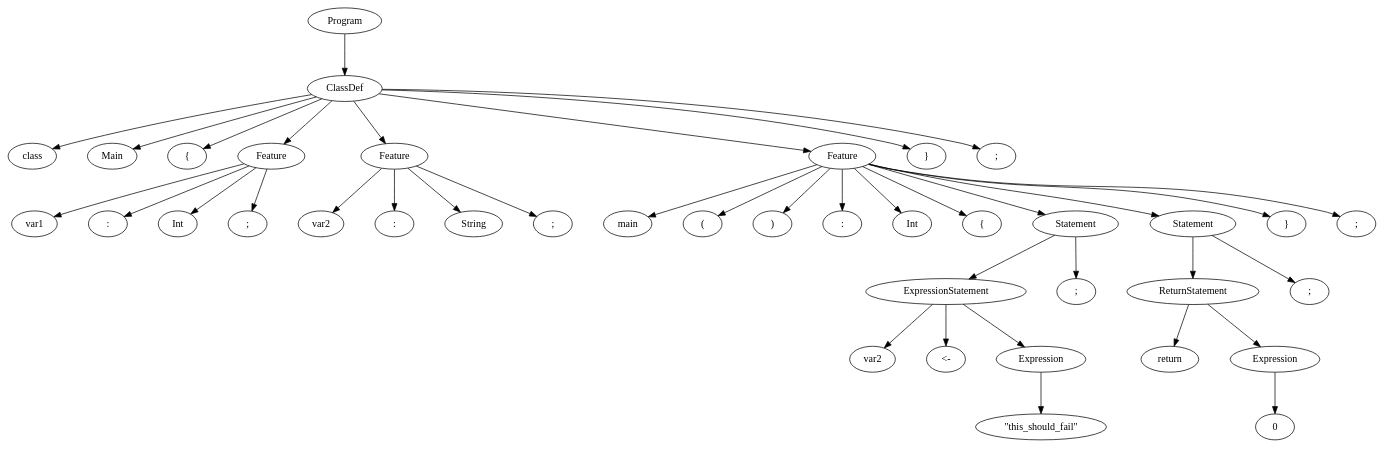
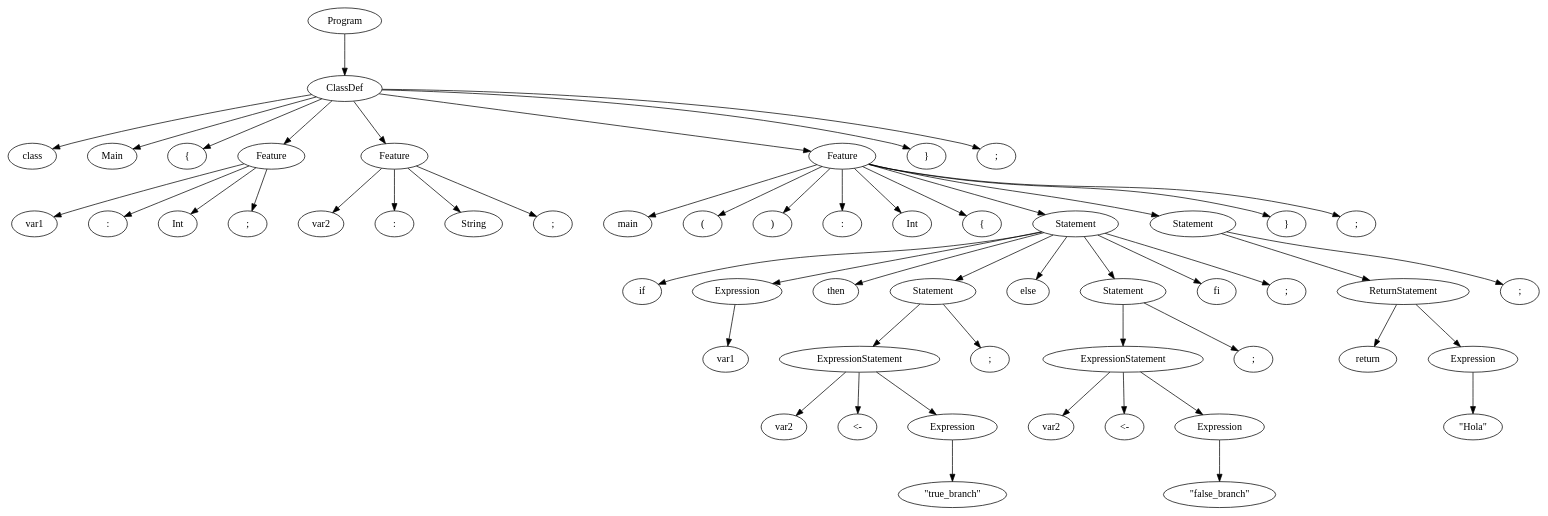
Before and after one commit to JessicaOI/Lab0: the diagram in Lab1/tree.dot, drawn with Graphviz. The commit also changed 4 other files, not shown here.

```diff
--- a/Lab1/tree.dot
+++ b/Lab1/tree.dot
@@ -1,82 +1,112 @@
 digraph tree {
 rankdir=TB;
 nodesep=0.6;
 ranksep=0.8;
-    "Program_2640591335184" [label="Program"];
-    "ClassDef_2640709353872" [label="ClassDef"];
-    "class_2640709556992" [label="class"];
-    "Main_2640709556352" [label="Main"];
-    "{_2640709556672" [label="{"];
-    "Feature_2640709357904" [label="Feature"];
-    "var1_2640709553728" [label="var1"];
-    ":_2640709557312" [label=":"];
-    "Int_2640709557376" [label="Int"];
-    ";_2640709557440" [label=";"];
-    "Feature_2640709358016" [label="Feature"];
-    "var2_2640709557248" [label="var2"];
-    ":_2640709557568" [label=":"];
-    "String_2640709557632" [label="String"];
-    ";_2640709557696" [label=";"];
-    "Feature_2640709354208" [label="Feature"];
-    "main_2640709557824" [label="main"];
-    "(_2640709557056" [label="("];
-    ")_2640709557888" [label=")"];
-    ":_2640709557952" [label=":"];
-    "Int_2640709558016" [label="Int"];
-    "{_2640709558144" [label="{"];
-    "Statement_2640709354432" [label="Statement"];
-    "ExpressionStatement_2640709353984" [label="ExpressionStatement"];
-    "var2_2640709558080" [label="var2"];
-    "<-_2640709558208" [label="<-"];
-    "Expression_2640709354320" [label="Expression"];
-    "\\\"this_should_fail\\\"_2640709558400" [label="\"this_should_fail\""];
-    ";_2640709558464" [label=";"];
-    "Statement_2640709358128" [label="Statement"];
-    "ReturnStatement_2640709358240" [label="ReturnStatement"];
-    "return_2640709558528" [label="return"];
-    "Expression_2640709358352" [label="Expression"];
-    "0_2640709558784" [label="0"];
-    ";_2640709558848" [label=";"];
-    "}_2640709558912" [label="}"];
-    ";_2640709558656" [label=";"];
-    "}_2640709558976" [label="}"];
-    ";_2640709467840" [label=";"];
-    "Program_2640591335184" -> "ClassDef_2640709353872";
-    "ClassDef_2640709353872" -> "class_2640709556992";
-    "ClassDef_2640709353872" -> "Main_2640709556352";
-    "ClassDef_2640709353872" -> "{_2640709556672";
-    "ClassDef_2640709353872" -> "Feature_2640709357904";
-    "ClassDef_2640709353872" -> "Feature_2640709358016";
-    "ClassDef_2640709353872" -> "Feature_2640709354208";
-    "ClassDef_2640709353872" -> "}_2640709558976";
-    "ClassDef_2640709353872" -> ";_2640709467840";
-    "Feature_2640709357904" -> "var1_2640709553728";
-    "Feature_2640709357904" -> ":_2640709557312";
-    "Feature_2640709357904" -> "Int_2640709557376";
-    "Feature_2640709357904" -> ";_2640709557440";
-    "Feature_2640709358016" -> "var2_2640709557248";
-    "Feature_2640709358016" -> ":_2640709557568";
-    "Feature_2640709358016" -> "String_2640709557632";
-    "Feature_2640709358016" -> ";_2640709557696";
-    "Feature_2640709354208" -> "main_2640709557824";
-    "Feature_2640709354208" -> "(_2640709557056";
-    "Feature_2640709354208" -> ")_2640709557888";
-    "Feature_2640709354208" -> ":_2640709557952";
-    "Feature_2640709354208" -> "Int_2640709558016";
-    "Feature_2640709354208" -> "{_2640709558144";
-    "Feature_2640709354208" -> "Statement_2640709354432";
-    "Feature_2640709354208" -> "Statement_2640709358128";
-    "Feature_2640709354208" -> "}_2640709558912";
-    "Feature_2640709354208" -> ";_2640709558656";
-    "Statement_2640709354432" -> "ExpressionStatement_2640709353984";
-    "Statement_2640709354432" -> ";_2640709558464";
-    "ExpressionStatement_2640709353984" -> "var2_2640709558080";
-    "ExpressionStatement_2640709353984" -> "<-_2640709558208";
-    "ExpressionStatement_2640709353984" -> "Expression_2640709354320";
-    "Expression_2640709354320" -> "\\\"this_should_fail\\\"_2640709558400";
-    "Statement_2640709358128" -> "ReturnStatement_2640709358240";
-    "Statement_2640709358128" -> ";_2640709558848";
-    "ReturnStatement_2640709358240" -> "return_2640709558528";
-    "ReturnStatement_2640709358240" -> "Expression_2640709358352";
-    "Expression_2640709358352" -> "0_2640709558784";
+    "Program_2100310523040" [label="Program"];
+    "ClassDef_2100310522928" [label="ClassDef"];
+    "class_2100424280064" [label="class"];
+    "Main_2100424279552" [label="Main"];
+    "{_2100424280320" [label="{"];
+    "Feature_2100310523152" [label="Feature"];
+    "var1_2100424280384" [label="var1"];
+    ":_2100424279744" [label=":"];
+    "Int_2100424280576" [label="Int"];
+    ";_2100424280640" [label=";"];
+    "Feature_2100310523488" [label="Feature"];
+    "var2_2100424279680" [label="var2"];
+    ":_2100424280768" [label=":"];
+    "String_2100424280832" [label="String"];
+    ";_2100424280896" [label=";"];
+    "Feature_2100310523376" [label="Feature"];
+    "main_2100295302144" [label="main"];
+    "(_2100424161280" [label="("];
+    ")_2100424161024" [label=")"];
+    ":_2100424161088" [label=":"];
+    "Int_2100424161344" [label="Int"];
+    "{_2100424160384" [label="{"];
+    "Statement_2100310523600" [label="Statement"];
+    "if_2100424160576" [label="if"];
+    "Expression_2100310523264" [label="Expression"];
+    "var1_2100424160768" [label="var1"];
+    "then_2100424160448" [label="then"];
+    "Statement_2100310523712" [label="Statement"];
+    "ExpressionStatement_2100424261696" [label="ExpressionStatement"];
+    "var2_2100424160960" [label="var2"];
+    "<-_2100424160320" [label="<-"];
+    "Expression_2100424261808" [label="Expression"];
+    "\\\"true_branch\\\"_2100424159744" [label="\"true_branch\""];
+    ";_2100424160128" [label=";"];
+    "else_2100424159872" [label="else"];
+    "Statement_2100424261920" [label="Statement"];
+    "ExpressionStatement_2100424262032" [label="ExpressionStatement"];
+    "var2_2100424160064" [label="var2"];
+    "<-_2100424159552" [label="<-"];
+    "Expression_2100424262144" [label="Expression"];
+    "\\\"false_branch\\\"_2100424160256" [label="\"false_branch\""];
+    ";_2100424159424" [label=";"];
+    "fi_2100424159232" [label="fi"];
+    ";_2100424159488" [label=";"];
+    "Statement_2100424262256" [label="Statement"];
+    "ReturnStatement_2100424262368" [label="ReturnStatement"];
+    "return_2100424159168" [label="return"];
+    "Expression_2100424262480" [label="Expression"];
+    "\\\"Hola\\\"_2100424158656" [label="\"Hola\""];
+    ";_2100424159296" [label=";"];
+    "}_2100424158784" [label="}"];
+    ";_2100424160896" [label=";"];
+    "}_2100424158720" [label="}"];
+    ";_2100424158976" [label=";"];
+    "Program_2100310523040" -> "ClassDef_2100310522928";
+    "ClassDef_2100310522928" -> "class_2100424280064";
+    "ClassDef_2100310522928" -> "Main_2100424279552";
+    "ClassDef_2100310522928" -> "{_2100424280320";
+    "ClassDef_2100310522928" -> "Feature_2100310523152";
+    "ClassDef_2100310522928" -> "Feature_2100310523488";
+    "ClassDef_2100310522928" -> "Feature_2100310523376";
+    "ClassDef_2100310522928" -> "}_2100424158720";
+    "ClassDef_2100310522928" -> ";_2100424158976";
+    "Feature_2100310523152" -> "var1_2100424280384";
+    "Feature_2100310523152" -> ":_2100424279744";
+    "Feature_2100310523152" -> "Int_2100424280576";
+    "Feature_2100310523152" -> ";_2100424280640";
+    "Feature_2100310523488" -> "var2_2100424279680";
+    "Feature_2100310523488" -> ":_2100424280768";
+    "Feature_2100310523488" -> "String_2100424280832";
+    "Feature_2100310523488" -> ";_2100424280896";
+    "Feature_2100310523376" -> "main_2100295302144";
+    "Feature_2100310523376" -> "(_2100424161280";
+    "Feature_2100310523376" -> ")_2100424161024";
+    "Feature_2100310523376" -> ":_2100424161088";
+    "Feature_2100310523376" -> "Int_2100424161344";
+    "Feature_2100310523376" -> "{_2100424160384";
+    "Feature_2100310523376" -> "Statement_2100310523600";
+    "Feature_2100310523376" -> "Statement_2100424262256";
+    "Feature_2100310523376" -> "}_2100424158784";
+    "Feature_2100310523376" -> ";_2100424160896";
+    "Statement_2100310523600" -> "if_2100424160576";
+    "Statement_2100310523600" -> "Expression_2100310523264";
+    "Statement_2100310523600" -> "then_2100424160448";
+    "Statement_2100310523600" -> "Statement_2100310523712";
+    "Statement_2100310523600" -> "else_2100424159872";
+    "Statement_2100310523600" -> "Statement_2100424261920";
+    "Statement_2100310523600" -> "fi_2100424159232";
+    "Statement_2100310523600" -> ";_2100424159488";
+    "Expression_2100310523264" -> "var1_2100424160768";
+    "Statement_2100310523712" -> "ExpressionStatement_2100424261696";
+    "Statement_2100310523712" -> ";_2100424160128";
+    "ExpressionStatement_2100424261696" -> "var2_2100424160960";
+    "ExpressionStatement_2100424261696" -> "<-_2100424160320";
+    "ExpressionStatement_2100424261696" -> "Expression_2100424261808";
+    "Expression_2100424261808" -> "\\\"true_branch\\\"_2100424159744";
+    "Statement_2100424261920" -> "ExpressionStatement_2100424262032";
+    "Statement_2100424261920" -> ";_2100424159424";
+    "ExpressionStatement_2100424262032" -> "var2_2100424160064";
+    "ExpressionStatement_2100424262032" -> "<-_2100424159552";
+    "ExpressionStatement_2100424262032" -> "Expression_2100424262144";
+    "Expression_2100424262144" -> "\\\"false_branch\\\"_2100424160256";
+    "Statement_2100424262256" -> "ReturnStatement_2100424262368";
+    "Statement_2100424262256" -> ";_2100424159296";
+    "ReturnStatement_2100424262368" -> "return_2100424159168";
+    "ReturnStatement_2100424262368" -> "Expression_2100424262480";
+    "Expression_2100424262480" -> "\\\"Hola\\\"_2100424158656";
 }
```
